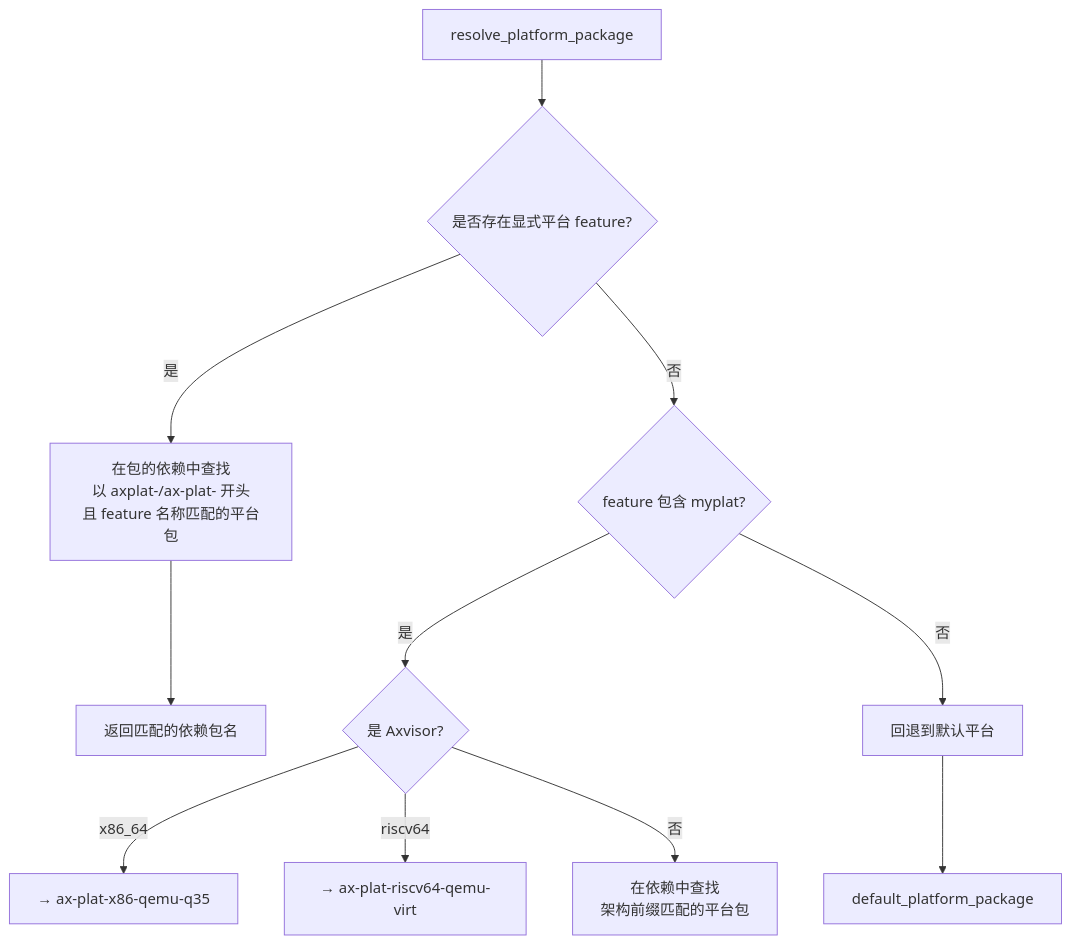
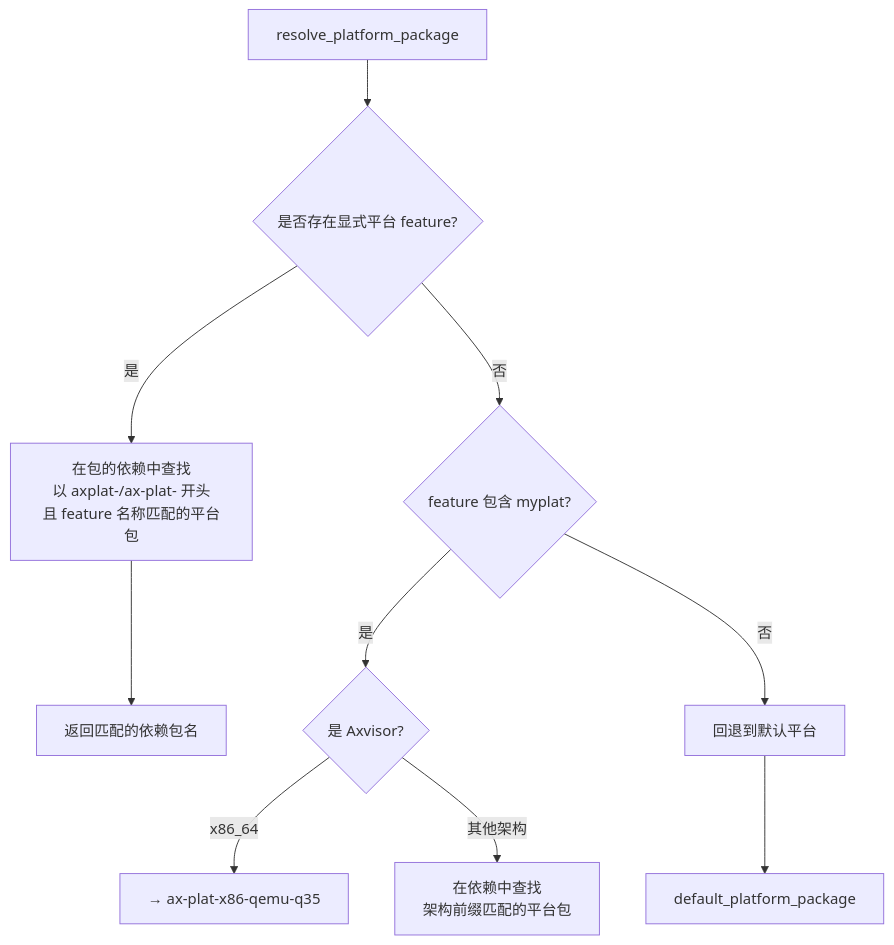
One commit to rcore-os/tgoskits changed the sixth of 8 diagrams in docs/docs/build/build.md. Above: the diagram before and after it, drawn with Mermaid. The commit also changed other lines of this file and 85 other files, not shown here.

Commit message:
chore(platform): remove static riscv64 qemu virt

````diff
--- a/docs/docs/build/build.md
+++ b/docs/docs/build/build.md
@@ -194,13 +194,12 @@
 ```mermaid
 flowchart TD
     A[resolve_platform_package] --> B{是否存在显式平台 feature?}
     B -->|是| C["在包的依赖中查找<br/>以 axplat-/ax-plat- 开头<br/>且 feature 名称匹配的平台包"]
     C --> D["返回匹配的依赖包名"]
     B -->|否| E{feature 包含 myplat?}
     E -->|是| F{是 Axvisor?}
     F -->|x86_64| G["→ ax-plat-x86-qemu-q35"]
-    F -->|riscv64| H["→ ax-plat-riscv64-qemu-virt"]
-    F -->|否| I["在依赖中查找<br/>架构前缀匹配的平台包"]
+    F -->|其他架构| I["在依赖中查找<br/>架构前缀匹配的平台包"]
     E -->|否| J["回退到默认平台"]
     J --> K[default_platform_package]
 ```
````
